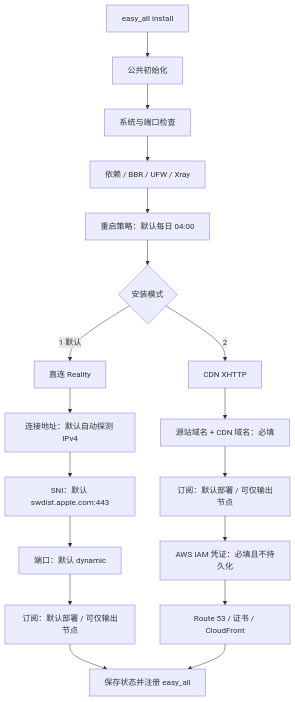
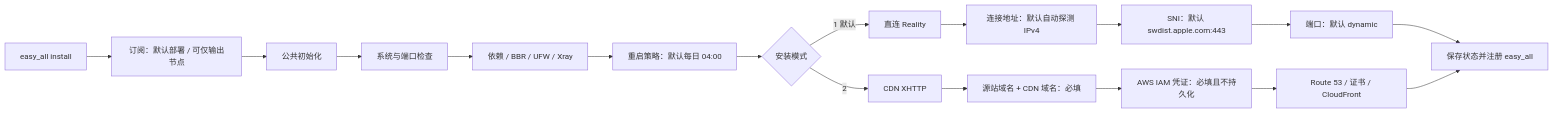
One commit to v2yiz/easy_all changed the diagram in README.md. Above: the diagram before and after it, drawn with Mermaid. The commit also changed other lines of this file and 2 other files, not shown here.

Commit message:
订阅模式提升到统一入口

````diff
--- a/README.md
+++ b/README.md
@@ -51,22 +51,21 @@
 ```mermaid
-flowchart TD
-    A[easy_all install] --> B[公共初始化]
+flowchart LR
+    A[easy_all install] --> S[订阅：默认部署 / 可仅输出节点]
+    S --> B[公共初始化]
     B --> B1[系统与端口检查]
     B1 --> B2[依赖 / BBR / UFW / Xray]
     B2 --> B3[重启策略：默认每日 04:00]
     B3 --> C{安装模式}
 
     C -->|1 默认| R[直连 Reality]
     R --> R1[连接地址：默认自动探测 IPv4]
     R1 --> R2[SNI：默认 swdist.apple.com:443]
     R2 --> R3[端口：默认 dynamic]
-    R3 --> R4[订阅：默认部署 / 可仅输出节点]
-    R4 --> Z[保存状态并注册 easy_all]
+    R3 --> Z[保存状态并注册 easy_all]
 
     C -->|2| X[CDN XHTTP]
     X --> X1[源站域名 + CDN 域名：必填]
-    X1 --> X2[订阅：默认部署 / 可仅输出节点]
-    X2 --> X3[AWS IAM 凭证：必填且不持久化]
-    X3 --> X4[Route 53 / 证书 / CloudFront]
-    X4 --> Z
+    X1 --> X2[AWS IAM 凭证：必填且不持久化]
+    X2 --> X3[Route 53 / 证书 / CloudFront]
+    X3 --> Z
 ```
````
